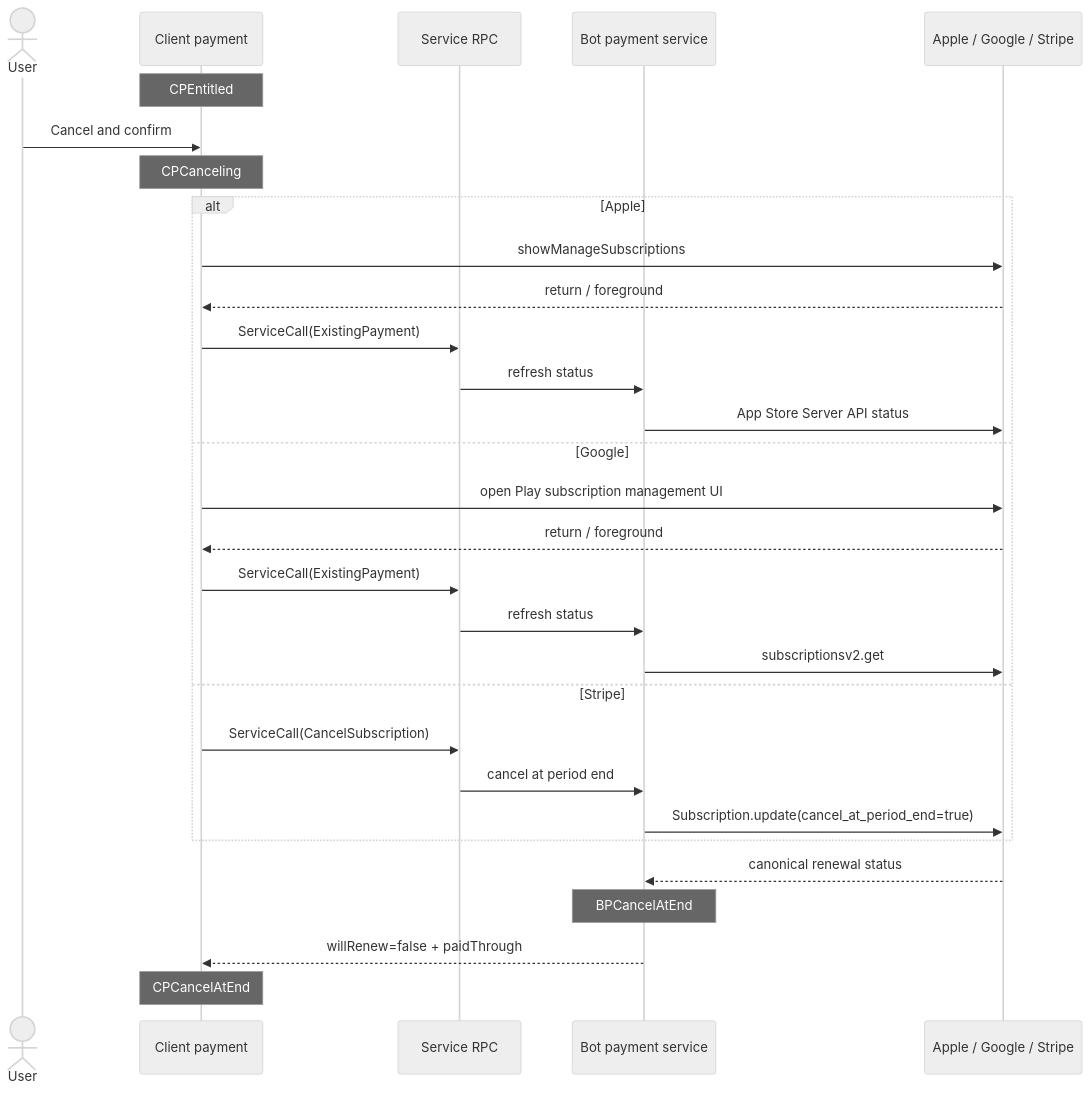
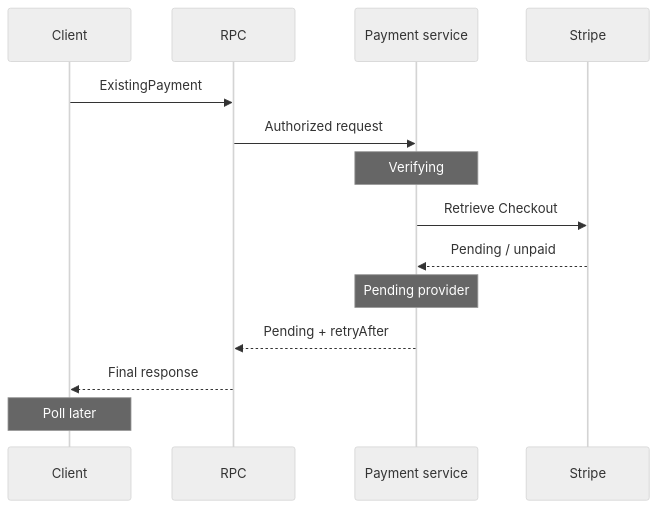
The sixth of 6 diagrams in plans/2026-07-20-supporter-badges-v2-implementation.md (simplex-chat/simplex-chat), drawn with Mermaid (neutral theme) before and after one commit. The commit also changed other lines of this file and 1 other file, not shown here.

````diff
--- a/plans/2026-07-20-supporter-badges-v2-implementation.md
+++ b/plans/2026-07-20-supporter-badges-v2-implementation.md
@@ -437,33 +331,16 @@
 ```mermaid
 sequenceDiagram
-  actor U as User
-  participant CP as Client payment
-  participant RPC as Service RPC
-  participant BP as Bot payment service
-  participant P as Apple / Google / Stripe
-
-  Note over CP: CPEntitled
-  U->>CP: Cancel and confirm
-  Note over CP: CPCanceling
-  alt Apple
-    CP->>P: showManageSubscriptions
-    P-->>CP: return / foreground
-    CP->>RPC: ServiceCall(ExistingPayment)
-    RPC->>BP: refresh status
-    BP->>P: App Store Server API status
-  else Google
-    CP->>P: open Play subscription management UI
-    P-->>CP: return / foreground
-    CP->>RPC: ServiceCall(ExistingPayment)
-    RPC->>BP: refresh status
-    BP->>P: subscriptionsv2.get
-  else Stripe
-    CP->>RPC: ServiceCall(CancelSubscription)
-    RPC->>BP: cancel at period end
-    BP->>P: Subscription.update(cancel_at_period_end=true)
-  end
-  P-->>BP: canonical renewal status
-  Note over BP: BPCancelAtEnd
-  BP-->>CP: willRenew=false + paidThrough
-  Note over CP: CPCancelAtEnd
+  participant C as Client
+  participant RPC as RPC
+  participant P as Payment service
+  participant S as Stripe
+  C->>RPC: ExistingPayment
+  RPC->>P: Authorized request
+  Note over P: Verifying
+  P->>S: Retrieve Checkout
+  S-->>P: Pending / unpaid
+  Note over P: Pending provider
+  P-->>RPC: Pending + retryAfter
+  RPC-->>C: Final response
+  Note over C: Poll later
 ```
````
